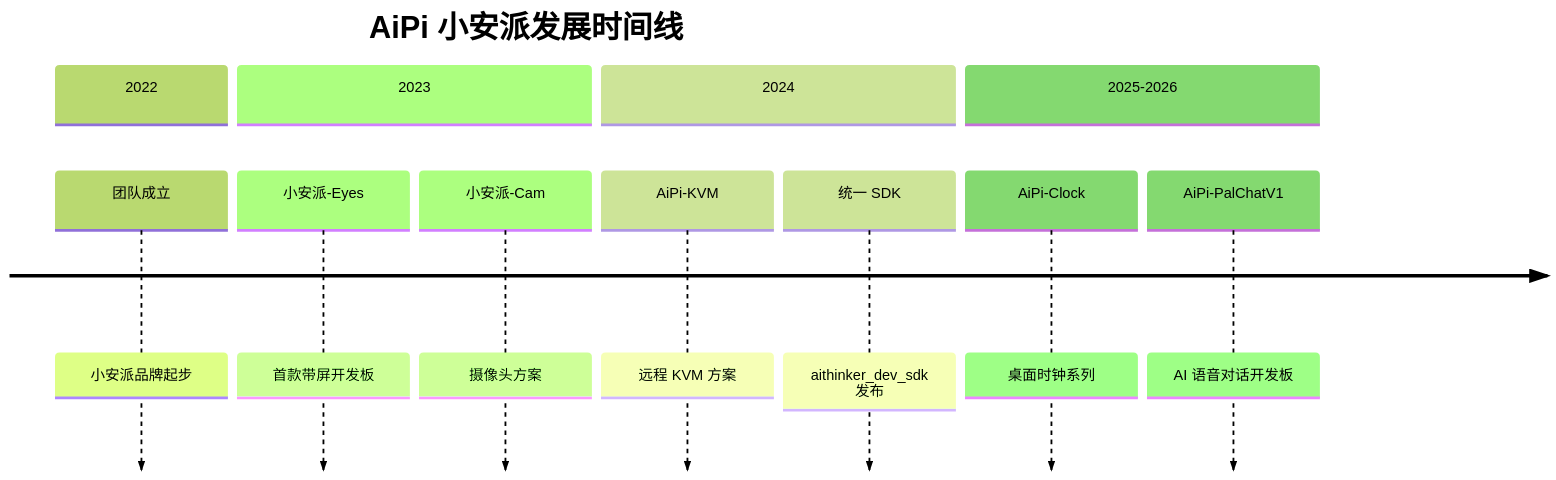
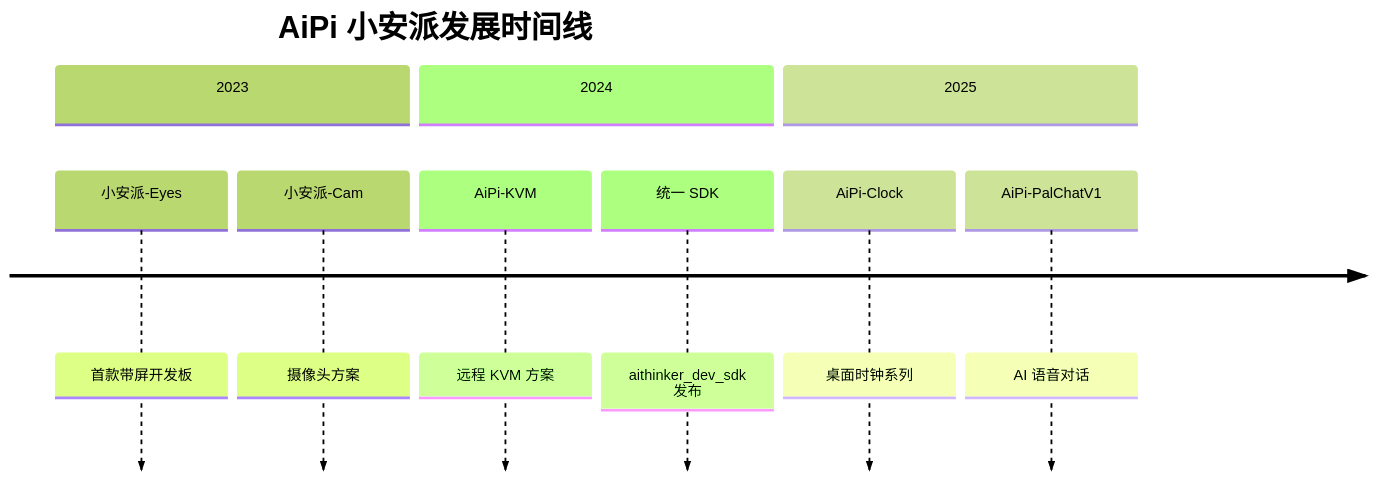
The diagram in t.md (Ai-Thinker-AiPi/.github), drawn with Mermaid (forest theme) before and after one commit. The commit also changed other lines of this file, not shown here.

Commit message:
test: 3 sections x 2 events

````diff
--- a/t.md
+++ b/t.md
@@ -3,15 +3,13 @@
 ```mermaid
 timeline
     title AiPi 小安派发展时间线
-    section 2022
-        团队成立 : 小安派品牌起步
     section 2023
         小安派-Eyes : 首款带屏开发板
         小安派-Cam : 摄像头方案
     section 2024
         AiPi-KVM : 远程 KVM 方案
         统一 SDK : aithinker_dev_sdk 发布
-    section 2025-2026
+    section 2025
         AiPi-Clock : 桌面时钟系列
-        AiPi-PalChatV1 : AI 语音对话开发板
+        AiPi-PalChatV1 : AI 语音对话
 ```
````
